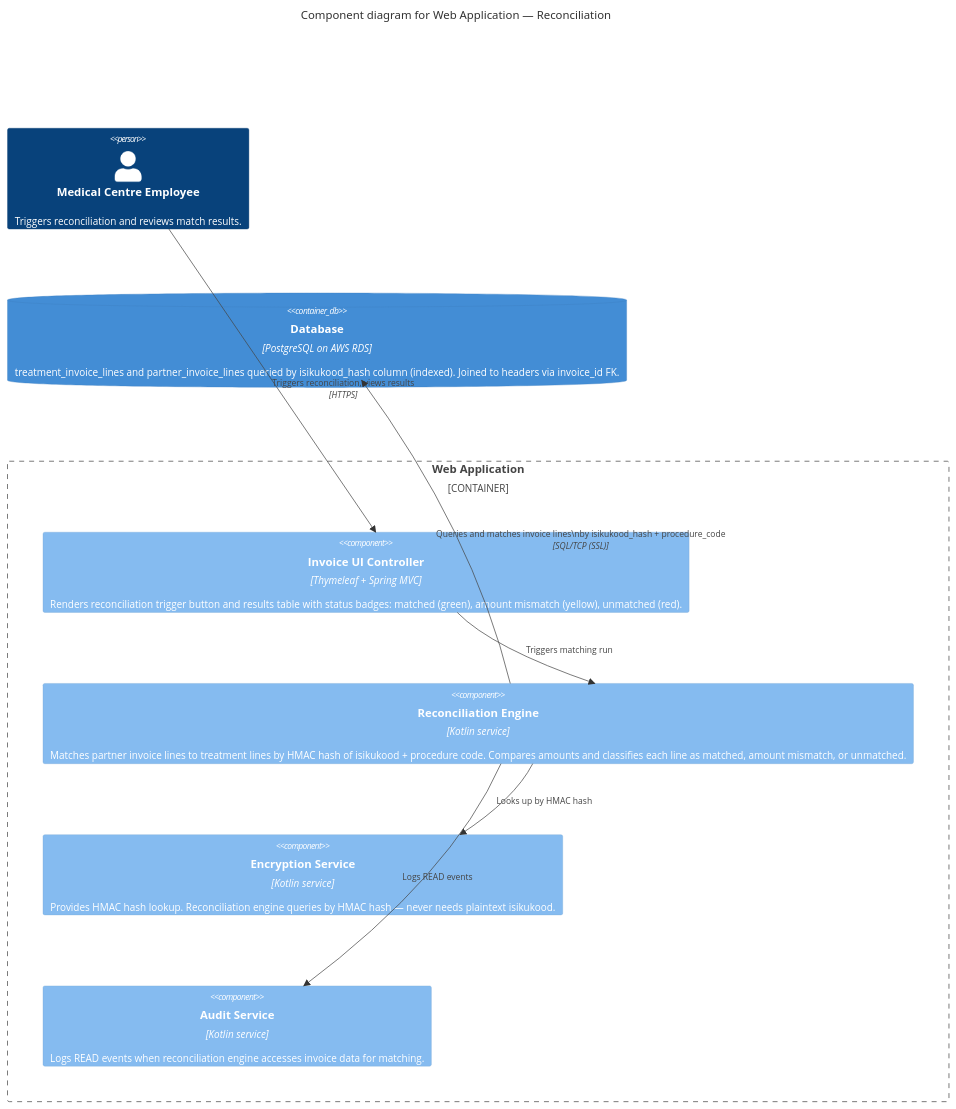
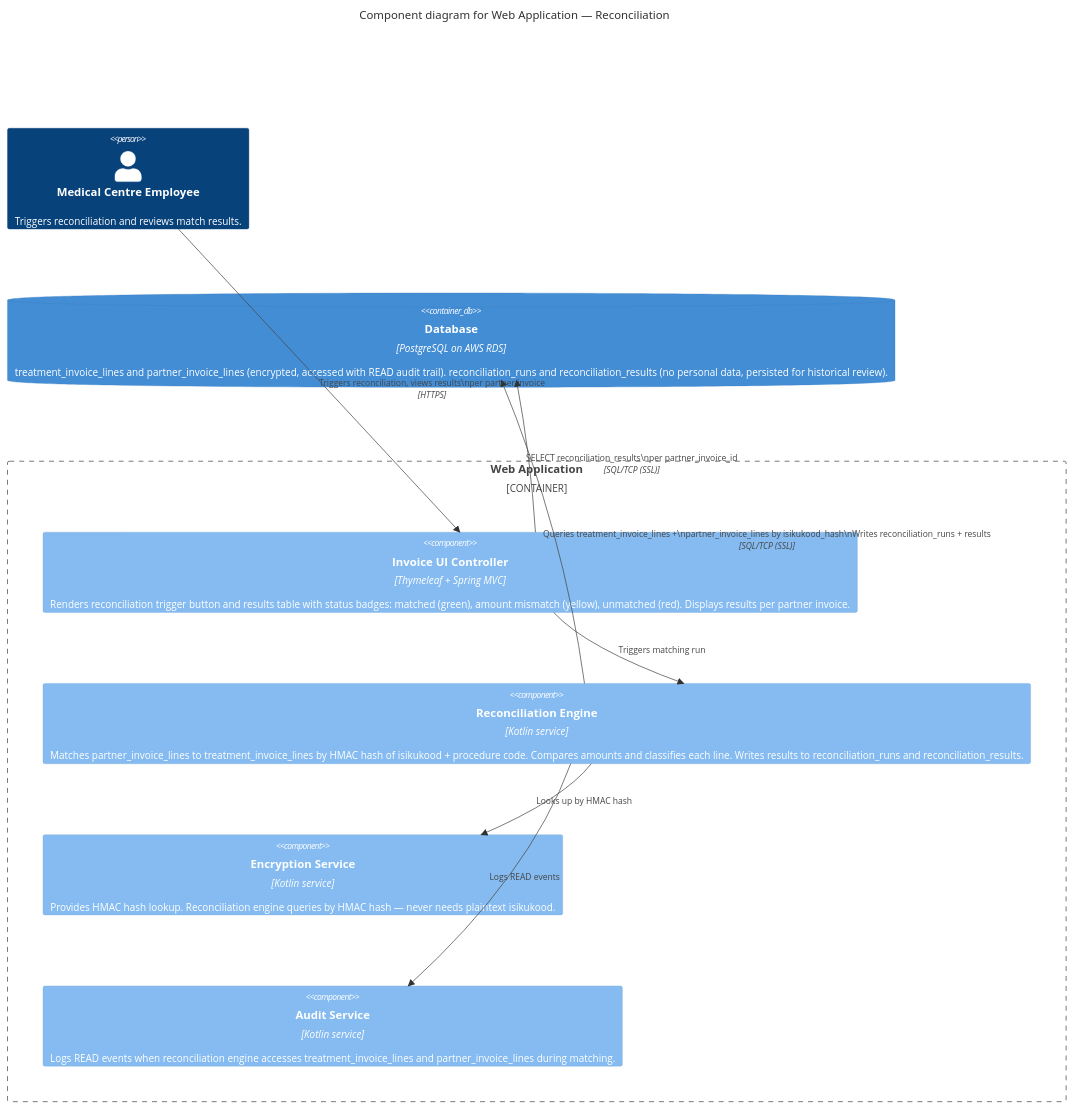
Before and after one commit to JoosepLem/CLAiM: the diagram in proof_of_concept/docs/architecture/diagrams/components/spring-boot-app/reconciliation.md, drawn with Mermaid. The commit also changed 3 other files, not shown here.

Commit message:
Add reconciliation_runs and reconciliation_results tables to schema and diagrams

````diff
--- a/proof_of_concept/docs/architecture/diagrams/components/spring-boot-app/reconciliation.md
+++ b/proof_of_concept/docs/architecture/diagrams/components/spring-boot-app/reconciliation.md
@@ -1,25 +1,26 @@
 ```mermaid
 %%{init: {'theme': 'base', 'themeVariables': {'lineColor': '#999999'}}}%%
 C4Component
     title Component diagram for Web Application — Reconciliation
 
     Person(employee, "Medical Centre Employee", "Triggers reconciliation and reviews match results.")
 
     Container_Boundary(spring_boot, "Web Application") {
-        Component(ui, "Invoice UI Controller", "Thymeleaf + Spring MVC", "Renders reconciliation trigger button and results table with status badges: matched (green), amount mismatch (yellow), unmatched (red).")
+        Component(ui, "Invoice UI Controller", "Thymeleaf + Spring MVC", "Renders reconciliation trigger button and results table with status badges: matched (green), amount mismatch (yellow), unmatched (red). Displays results per partner invoice.")
 
-        Component(recon_engine, "Reconciliation Engine", "Kotlin service", "Matches partner invoice lines to treatment lines by HMAC hash of isikukood + procedure code. Compares amounts and classifies each line as matched, amount mismatch, or unmatched.")
+        Component(recon_engine, "Reconciliation Engine", "Kotlin service", "Matches partner_invoice_lines to treatment_invoice_lines by HMAC hash of isikukood + procedure code. Compares amounts and classifies each line. Writes results to reconciliation_runs and reconciliation_results.")
 
         Component(encryption_svc, "Encryption Service", "Kotlin service", "Provides HMAC hash lookup. Reconciliation engine queries by HMAC hash — never needs plaintext isikukood.")
 
-        Component(audit_svc, "Audit Service", "Kotlin service", "Logs READ events when reconciliation engine accesses invoice data for matching.")
+        Component(audit_svc, "Audit Service", "Kotlin service", "Logs READ events when reconciliation engine accesses treatment_invoice_lines and partner_invoice_lines during matching.")
     }
 
-    ContainerDb(postgres, "Database", "PostgreSQL on AWS RDS", "treatment_invoice_lines and partner_invoice_lines queried by isikukood_hash column (indexed). Joined to headers via invoice_id FK.")
+    ContainerDb(postgres, "Database", "PostgreSQL on AWS RDS", "treatment_invoice_lines and partner_invoice_lines (encrypted, accessed with READ audit trail). reconciliation_runs and reconciliation_results (no personal data, persisted for historical review).")
 
-    Rel(employee, ui, "Triggers reconciliation, views results", "HTTPS")
+    Rel(employee, ui, "Triggers reconciliation, views results\nper partner invoice", "HTTPS")
     Rel(ui, recon_engine, "Triggers matching run")
+    Rel(ui, postgres, "SELECT reconciliation_results\nper partner_invoice_id", "SQL/TCP (SSL)")
     Rel(recon_engine, encryption_svc, "Looks up by HMAC hash")
     Rel(recon_engine, audit_svc, "Logs READ events")
-    Rel(recon_engine, postgres, "Queries and matches invoice lines\nby isikukood_hash + procedure_code", "SQL/TCP (SSL)")
+    Rel(recon_engine, postgres, "Queries treatment_invoice_lines +\npartner_invoice_lines by isikukood_hash\nWrites reconciliation_runs + results", "SQL/TCP (SSL)")
 ```
````
